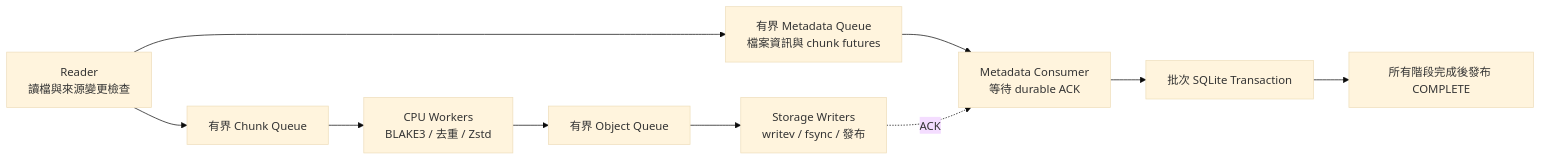
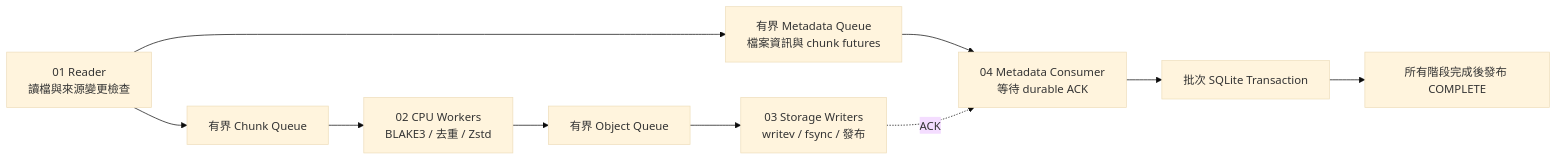
Before and after one commit to a36579066/backup_engine: the first of 2 diagrams in docs/PIPELINE.md, drawn with Mermaid (base theme). The commit also changed other lines of this file and 98 other files, not shown here.

````diff
--- a/docs/PIPELINE.md
+++ b/docs/PIPELINE.md
@@ -5,12 +5,12 @@
 ```mermaid
 flowchart LR
-    R[Reader<br/>讀檔與來源變更檢查] --> Q1[有界 Chunk Queue]
-    Q1 --> C[CPU Workers<br/>BLAKE3 / 去重 / Zstd]
+    R[01 Reader<br/>讀檔與來源變更檢查] --> Q1[有界 Chunk Queue]
+    Q1 --> C[02 CPU Workers<br/>BLAKE3 / 去重 / Zstd]
     C --> Q2[有界 Object Queue]
-    Q2 --> W[Storage Writers<br/>writev / fsync / 發布]
+    Q2 --> W[03 Storage Writers<br/>writev / fsync / 發布]
     R --> Q3[有界 Metadata Queue<br/>檔案資訊與 chunk futures]
-    Q3 --> M[Metadata Consumer<br/>等待 durable ACK]
+    Q3 --> M[04 Metadata Consumer<br/>等待 durable ACK]
     W -. ACK .-> M
     M --> DB[批次 SQLite Transaction]
     DB --> F[所有階段完成後發布 COMPLETE]
 ```
````
